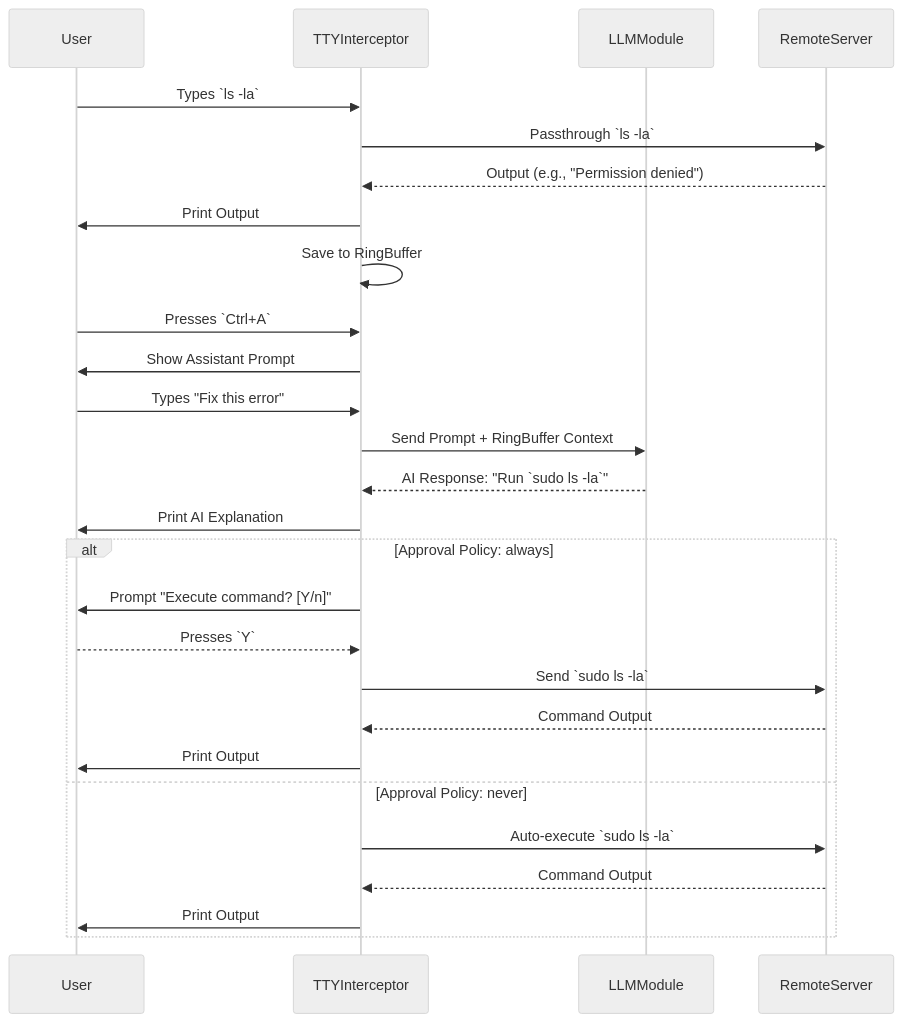
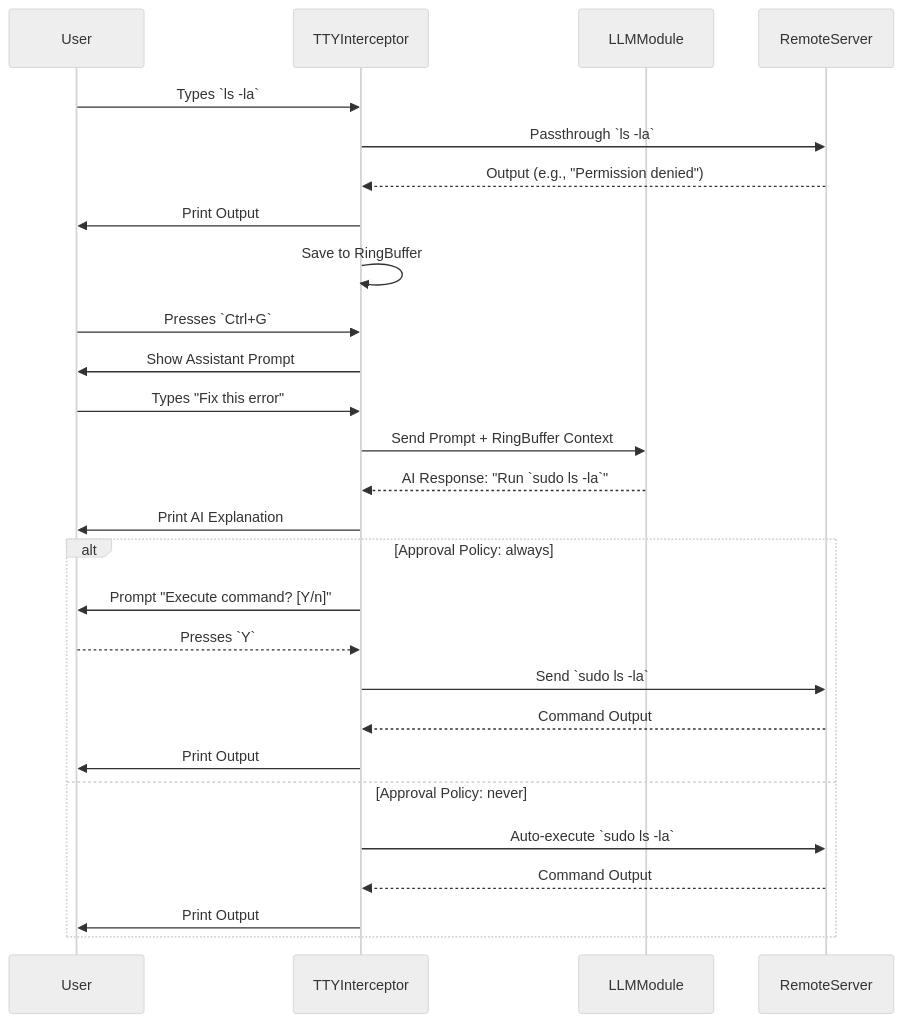
The third of 3 diagrams in doc/architecture.md (zxpbenson/orange), drawn with Mermaid (neutral theme) before and after one commit. The commit also changed other lines of this file and 7 other files, not shown here.

````diff
--- a/doc/architecture.md
+++ b/doc/architecture.md
@@ -147,34 +147,34 @@
 ```mermaid
 sequenceDiagram
     participant User
     participant TTYInterceptor
     participant LLMModule
     participant RemoteServer
 
     User->>TTYInterceptor: Types `ls -la`
     TTYInterceptor->>RemoteServer: Passthrough `ls -la`
     RemoteServer-->>TTYInterceptor: Output (e.g., "Permission denied")
     TTYInterceptor->>User: Print Output
     TTYInterceptor->>TTYInterceptor: Save to RingBuffer
 
-    User->>TTYInterceptor: Presses `Ctrl+A`
+    User->>TTYInterceptor: Presses `Ctrl+G`
     TTYInterceptor->>User: Show Assistant Prompt
     User->>TTYInterceptor: Types "Fix this error"
     
     TTYInterceptor->>LLMModule: Send Prompt + RingBuffer Context
     LLMModule-->>TTYInterceptor: AI Response: "Run `sudo ls -la`"
     
     TTYInterceptor->>User: Print AI Explanation
     
     alt Approval Policy: always
         TTYInterceptor->>User: Prompt "Execute command? [Y/n]"
         User-->>TTYInterceptor: Presses `Y`
         TTYInterceptor->>RemoteServer: Send `sudo ls -la`
         RemoteServer-->>TTYInterceptor: Command Output
         TTYInterceptor->>User: Print Output
     else Approval Policy: never
         TTYInterceptor->>RemoteServer: Auto-execute `sudo ls -la`
         RemoteServer-->>TTYInterceptor: Command Output
         TTYInterceptor->>User: Print Output
     end
 ```
````
